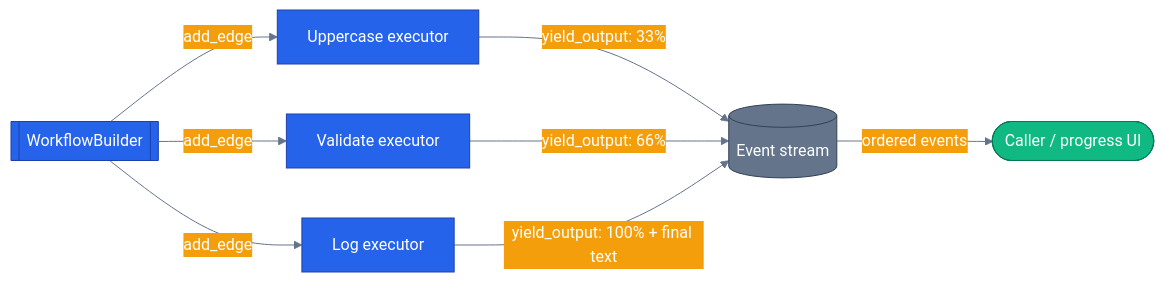
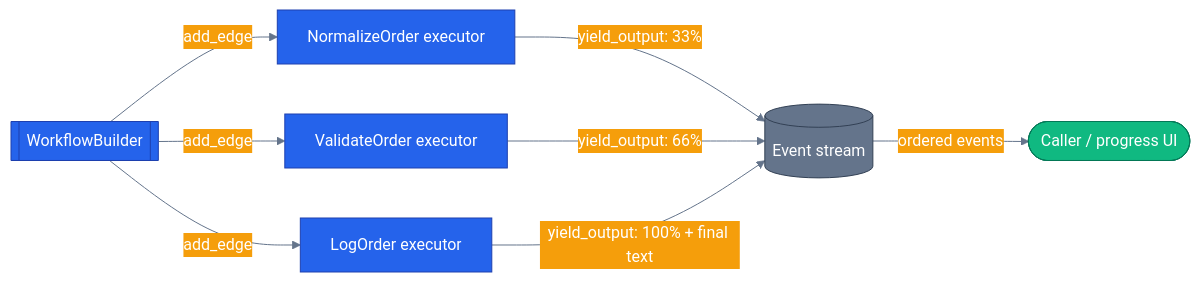
Before and after one commit to nitin27may/e-commerce-agents: the diagram in tutorials/10-workflow-events-and-builder/README.md, drawn with Mermaid. The commit also changed other lines of this file and 4 other files, not shown here.

````diff
--- a/tutorials/10-workflow-events-and-builder/README.md
+++ b/tutorials/10-workflow-events-and-builder/README.md
@@ -22,33 +22,33 @@
 ```mermaid
 %%{init: {'theme':'base', 'themeVariables': {
   'primaryColor': '#2563eb','primaryTextColor': '#ffffff','primaryBorderColor': '#1e40af',
   'lineColor': '#64748b','secondaryColor': '#f59e0b','tertiaryColor': '#10b981',
   'background': 'transparent'}}}%%
 flowchart LR
   classDef core     fill:#2563eb,stroke:#1e40af,color:#ffffff
   classDef external fill:#f59e0b,stroke:#b45309,color:#000000
   classDef success  fill:#10b981,stroke:#047857,color:#ffffff
   classDef infra    fill:#64748b,stroke:#334155,color:#ffffff
 
   builder[[WorkflowBuilder]]
-  up[Uppercase executor]
-  validate[Validate executor]
-  log[Log executor]
+  norm[NormalizeOrder executor]
+  validate[ValidateOrder executor]
+  log[LogOrder executor]
   stream[(Event stream)]
   caller([Caller / progress UI])
 
-  builder -- "add_edge" --> up
+  builder -- "add_edge" --> norm
   builder -- "add_edge" --> validate
   builder -- "add_edge" --> log
-  up -- "yield_output: 33%" --> stream
+  norm -- "yield_output: 33%" --> stream
   validate -- "yield_output: 66%" --> stream
   log -- "yield_output: 100% + final text" --> stream
   stream -- "ordered events" --> caller
 
   class builder core
-  class up core
+  class norm core
   class validate core
   class log core
   class stream infra
   class caller success
 ```
````
